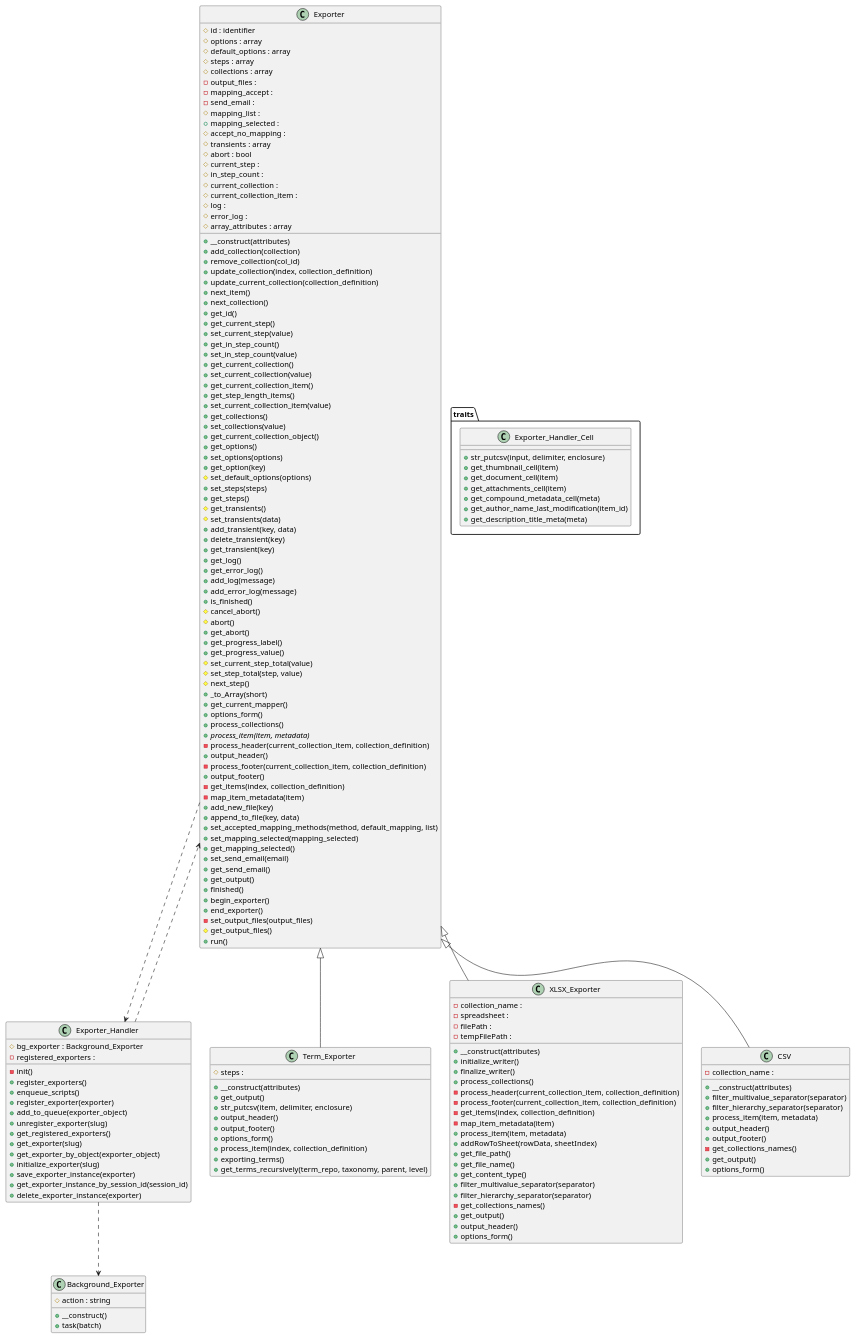
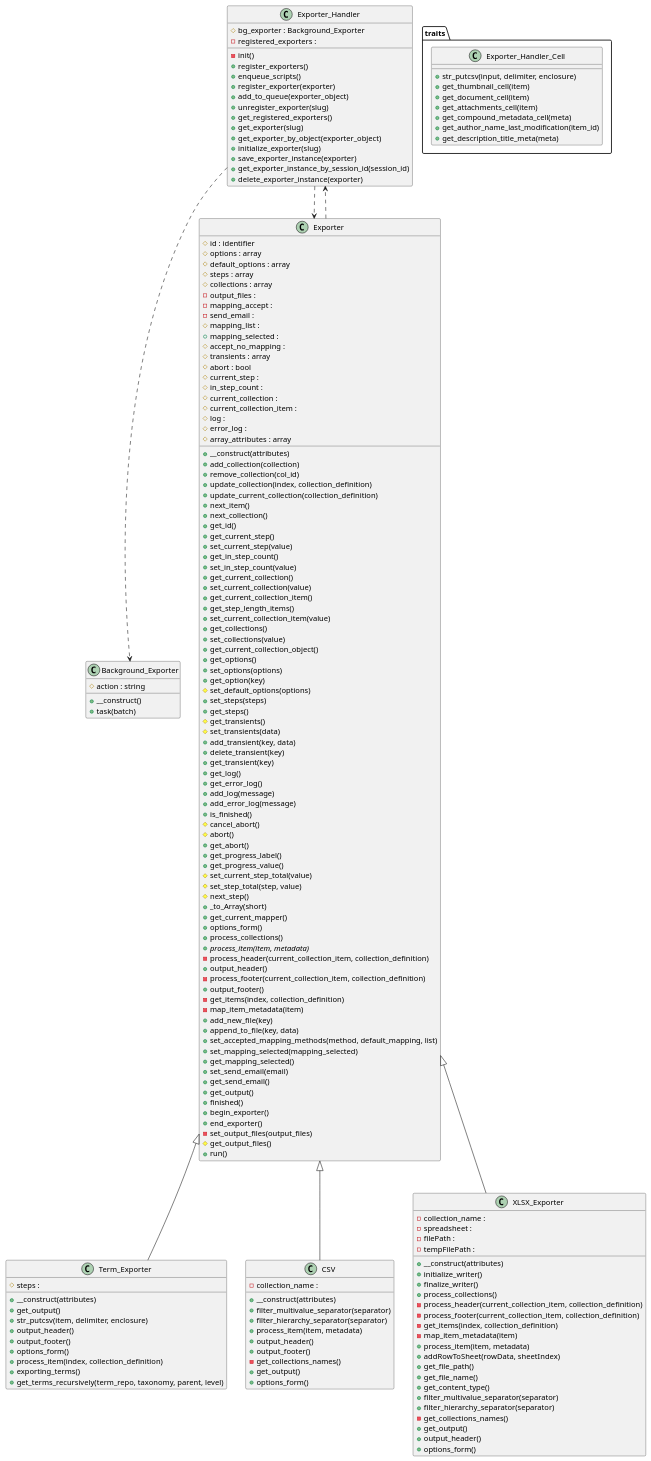
One commit to tainacan/tainacan changed the diagram in docs/diagrams/tainacan-namespace-Tainacan-Exporter.puml. Above: the diagram before and after it, drawn with PlantUML. The commit also changed other lines of this file and 100 other files, not shown here.

```diff
--- a/docs/diagrams/tainacan-namespace-Tainacan-Exporter.puml
+++ b/docs/diagrams/tainacan-namespace-Tainacan-Exporter.puml
@@ -1,181 +1,181 @@
 @startuml class-diagram
+  class "Background_Exporter" as Background_Exporter {
+    #action : string
+    +__construct()
+    +task(batch)
+  }
+  class "Exporter_Handler" as Exporter_Handler {
+    #bg_exporter : Background_Exporter
+    -registered_exporters : 
+    -init()
+    +register_exporters()
+    +enqueue_scripts()
+    +register_exporter(exporter)
+    +add_to_queue(exporter_object)
+    +unregister_exporter(slug)
+    +get_registered_exporters()
+    +get_exporter(slug)
+    +get_exporter_by_object(exporter_object)
+    +initialize_exporter(slug)
+    +save_exporter_instance(exporter)
+    +get_exporter_instance_by_session_id(session_id)
+    +delete_exporter_instance(exporter)
+  }
   class "Term_Exporter" as Term_Exporter {
     #steps : 
     +__construct(attributes)
     +get_output()
     +str_putcsv(item, delimiter, enclosure)
     +output_header()
     +output_footer()
     +options_form()
     +process_item(index, collection_definition)
     +exporting_terms()
     +get_terms_recursively(term_repo, taxonomy, parent, level)
   }
-  class "Background_Exporter" as Background_Exporter {
-    #action : string
-    +__construct()
-    +task(batch)
+  class "CSV" as CSV {
+    -collection_name : 
+    +__construct(attributes)
+    +filter_multivalue_separator(separator)
+    +filter_hierarchy_separator(separator)
+    +process_item(item, metadata)
+    +output_header()
+    +output_footer()
+    -get_collections_names()
+    +get_output()
+    +options_form()
   }
   class "XLSX_Exporter" as XLSX_Exporter {
     -collection_name : 
     -spreadsheet : 
     -filePath : 
     -tempFilePath : 
     +__construct(attributes)
     +initialize_writer()
     +finalize_writer()
     +process_collections()
     -process_header(current_collection_item, collection_definition)
     -process_footer(current_collection_item, collection_definition)
     -get_items(index, collection_definition)
     -map_item_metadata(item)
     +process_item(item, metadata)
     +addRowToSheet(rowData, sheetIndex)
     +get_file_path()
     +get_file_name()
     +get_content_type()
     +filter_multivalue_separator(separator)
     +filter_hierarchy_separator(separator)
     -get_collections_names()
     +get_output()
     +output_header()
     +options_form()
-  }
-  class "Exporter_Handler" as Exporter_Handler {
-    #bg_exporter : Background_Exporter
-    -registered_exporters : 
-    -init()
-    +register_exporters()
-    +enqueue_scripts()
-    +register_exporter(exporter)
-    +add_to_queue(exporter_object)
-    +unregister_exporter(slug)
-    +get_registered_exporters()
-    +get_exporter(slug)
-    +get_exporter_by_object(exporter_object)
-    +initialize_exporter(slug)
-    +save_exporter_instance(exporter)
-    +get_exporter_instance_by_session_id(session_id)
-    +delete_exporter_instance(exporter)
   }
   class "Exporter" as Exporter {
     #id : identifier
     #options : array
     #default_options : array
     #steps : array
     #collections : array
     -output_files : 
     -mapping_accept : 
     -send_email : 
     #mapping_list : 
     +mapping_selected : 
     #accept_no_mapping : 
     #transients : array
     #abort : bool
     #current_step : 
     #in_step_count : 
     #current_collection : 
     #current_collection_item : 
     #log : 
     #error_log : 
     #array_attributes : array
     +__construct(attributes)
     +add_collection(collection)
     +remove_collection(col_id)
     +update_collection(index, collection_definition)
     +update_current_collection(collection_definition)
     +next_item()
     +next_collection()
     +get_id()
     +get_current_step()
     +set_current_step(value)
     +get_in_step_count()
     +set_in_step_count(value)
     +get_current_collection()
     +set_current_collection(value)
     +get_current_collection_item()
     +get_step_length_items()
     +set_current_collection_item(value)
     +get_collections()
     +set_collections(value)
     +get_current_collection_object()
     +get_options()
     +set_options(options)
     +get_option(key)
     #set_default_options(options)
     +set_steps(steps)
     +get_steps()
     #get_transients()
     #set_transients(data)
     +add_transient(key, data)
     +delete_transient(key)
     +get_transient(key)
     +get_log()
     +get_error_log()
     +add_log(message)
     +add_error_log(message)
     +is_finished()
     #cancel_abort()
     #abort()
     +get_abort()
     +get_progress_label()
     +get_progress_value()
     #set_current_step_total(value)
     #set_step_total(step, value)
     #next_step()
     +_to_Array(short)
     +get_current_mapper()
     +options_form()
     +process_collections()
     {abstract} +process_item(item, metadata)
     -process_header(current_collection_item, collection_definition)
     +output_header()
     -process_footer(current_collection_item, collection_definition)
     +output_footer()
     -get_items(index, collection_definition)
     -map_item_metadata(item)
     +add_new_file(key)
     +append_to_file(key, data)
     +set_accepted_mapping_methods(method, default_mapping, list)
     +set_mapping_selected(mapping_selected)
     +get_mapping_selected()
     +set_send_email(email)
     +get_send_email()
     +get_output()
     +finished()
     +begin_exporter()
     +end_exporter()
     -set_output_files(output_files)
     #get_output_files()
     +run()
   }
-  class "CSV" as CSV {
-    -collection_name : 
-    +__construct(attributes)
-    +filter_multivalue_separator(separator)
-    +filter_hierarchy_separator(separator)
-    +process_item(item, metadata)
-    +output_header()
-    +output_footer()
-    -get_collections_names()
-    +get_output()
-    +options_form()
-  }
   package traits as traits {
     class "Exporter_Handler_Cell" as traits_Exporter_Handler_Cell {
       +str_putcsv(input, delimiter, enclosure)
       +get_thumbnail_cell(item)
       +get_document_cell(item)
       +get_attachments_cell(item)
       +get_compound_metadata_cell(meta)
       +get_author_name_last_modification(item_id)
       +get_description_title_meta(meta)
     }
   }
   Exporter ..> Exporter_Handler
   Exporter <|-- CSV
   Exporter <|-- Term_Exporter
   Exporter <|-- XLSX_Exporter
   Exporter_Handler ..> Background_Exporter
   Exporter_Handler ..> Exporter
 @enduml
```
